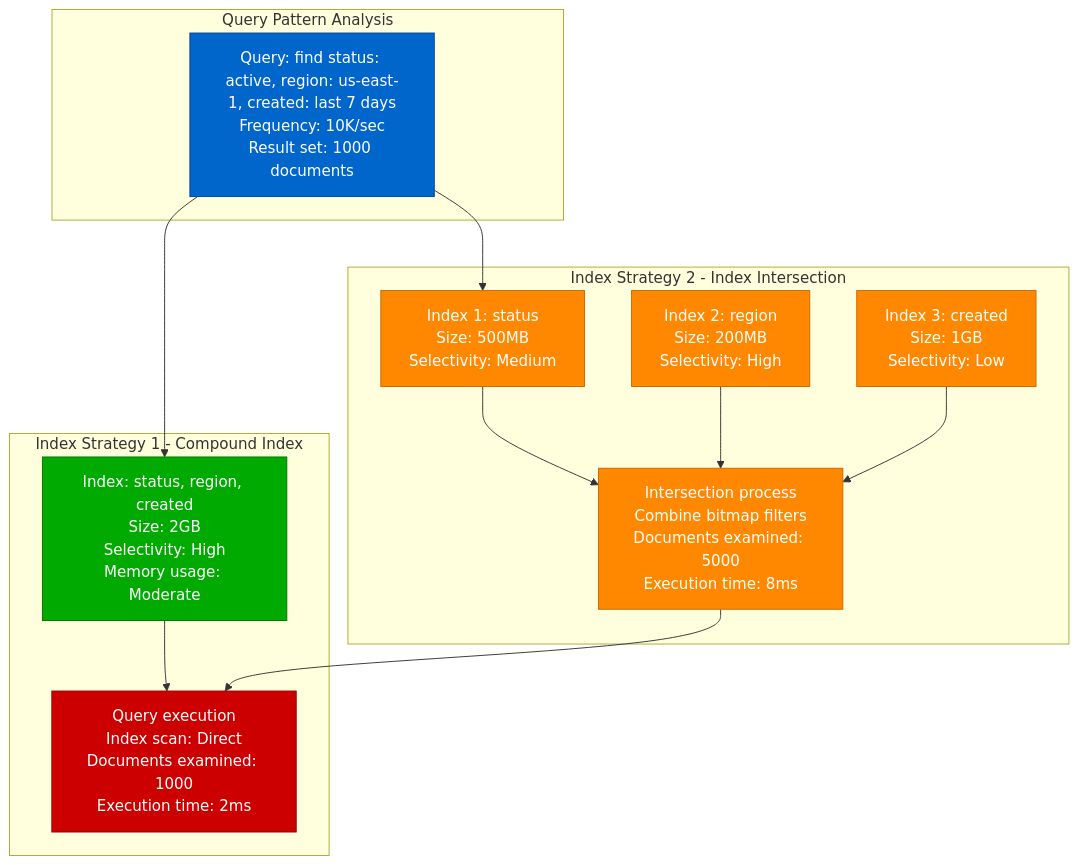
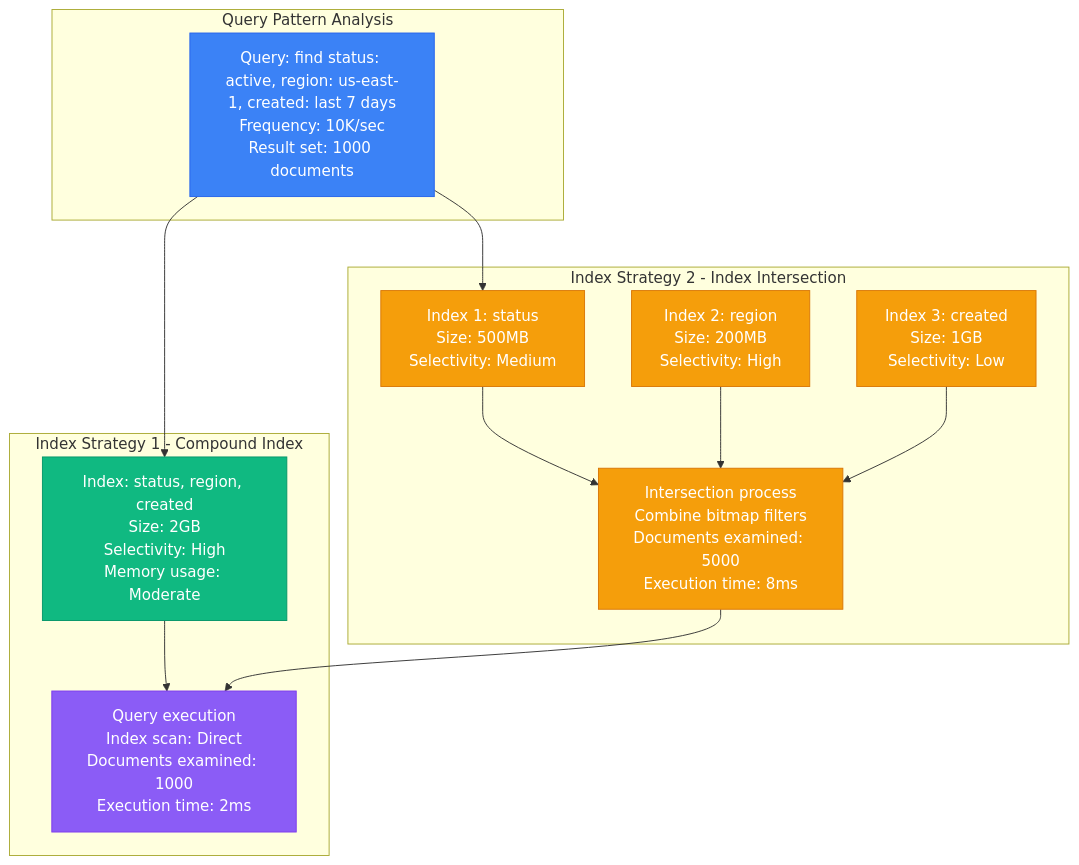
One commit to deepaucksharma/DS changed the sixth of 14 diagrams in site/docs/performance/mongodb-performance-profile.md. Above: the diagram before and after it, drawn with Mermaid. The commit also changed other lines of this file and 303 other files, not shown here.

````diff
--- a/site/docs/performance/mongodb-performance-profile.md
+++ b/site/docs/performance/mongodb-performance-profile.md
@@ -196,41 +196,41 @@
 ```mermaid
 graph TB
     subgraph "Query Pattern Analysis"
         Q1[Query: find status: active, region: us-east-1, created: last 7 days<br/>Frequency: 10K/sec<br/>Result set: 1000 documents]
     end
 
     subgraph "Index Strategy 1 - Compound Index"
         C1[Index: status, region, created<br/>Size: 2GB<br/>Selectivity: High<br/>Memory usage: Moderate]
 
         C2[Query execution<br/>Index scan: Direct<br/>Documents examined: 1000<br/>Execution time: 2ms]
     end
 
     subgraph "Index Strategy 2 - Index Intersection"
         I1[Index 1: status<br/>Size: 500MB<br/>Selectivity: Medium]
 
         I2[Index 2: region<br/>Size: 200MB<br/>Selectivity: High]
 
         I3[Index 3: created<br/>Size: 1GB<br/>Selectivity: Low]
 
         I4[Intersection process<br/>Combine bitmap filters<br/>Documents examined: 5000<br/>Execution time: 8ms]
 
         I1 --> I4
         I2 --> I4
         I3 --> I4
     end
 
     Q1 --> C1
     Q1 --> I1
     C1 --> C2
     I4 --> C2
 
-    classDef queryStyle fill:#0066CC,stroke:#004499,color:#fff
-    classDef compoundStyle fill:#00AA00,stroke:#007700,color:#fff
-    classDef intersectionStyle fill:#FF8800,stroke:#CC6600,color:#fff
-    classDef resultStyle fill:#CC0000,stroke:#990000,color:#fff
+    classDef queryStyle fill:#3B82F6,stroke:#2563EB,color:#fff
+    classDef compoundStyle fill:#10B981,stroke:#059669,color:#fff
+    classDef intersectionStyle fill:#F59E0B,stroke:#D97706,color:#fff
+    classDef resultStyle fill:#8B5CF6,stroke:#7C3AED,color:#fff
 
     class Q1 queryStyle
     class C1 compoundStyle
     class I1,I2,I3,I4 intersectionStyle
     class C2 resultStyle
 ```
````
